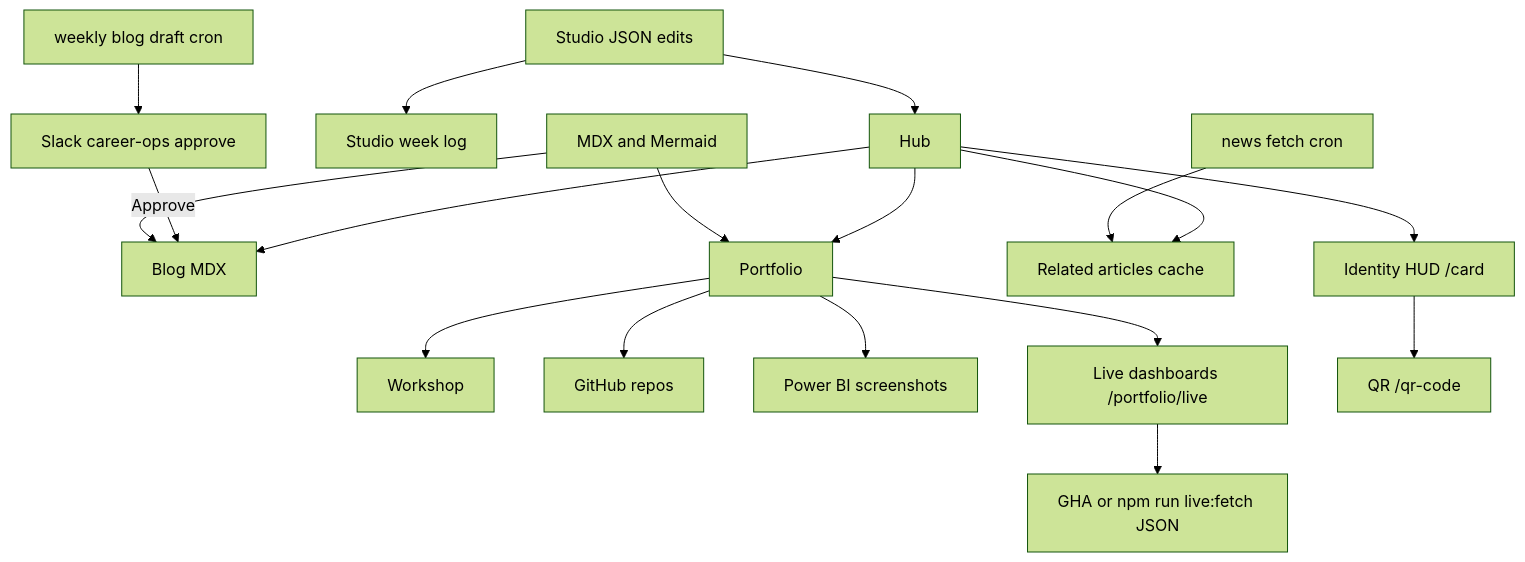
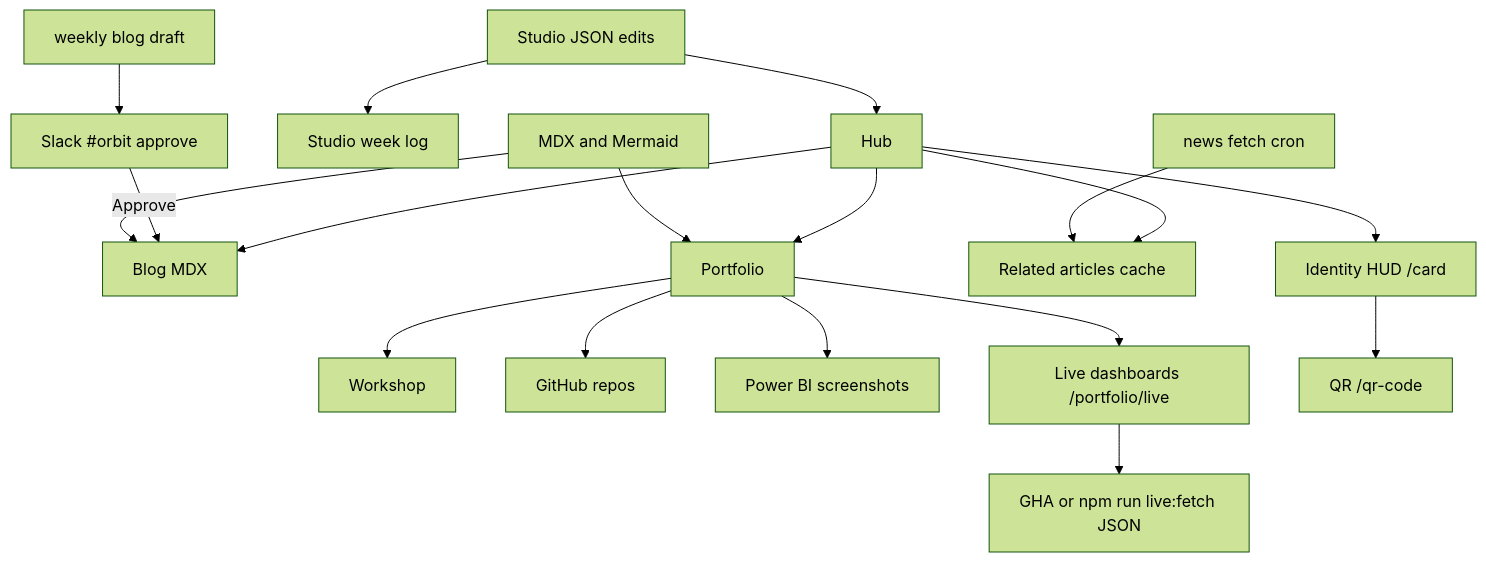
One commit to AlexTouvras/Orbit changed the diagram in docs/architecture/system-overview.md. Above: the diagram before and after it, drawn with Mermaid (forest theme). The commit also changed 17 other files, not shown here.

First line of the commit message:
Drop the Gemini weekly draft and keep one essay bar.

````diff
--- a/docs/architecture/system-overview.md
+++ b/docs/architecture/system-overview.md
@@ -3,20 +3,20 @@
 ```mermaid
 flowchart TB
   Hub[Hub] --> Blog[Blog MDX]
   Hub --> Portfolio[Portfolio]
   Portfolio --> Workshop[Workshop]
   Portfolio --> Github[GitHub repos]
   Portfolio --> PowerBI[Power BI screenshots]
   Portfolio --> Live[Live dashboards /portfolio/live]
   Live --> Snapshots[GHA or npm run live:fetch JSON]
   Hub --> Feed[Related articles cache]
   Hub --> Card[Identity HUD /card]
   Card --> QrPage[QR /qr-code]
   Studio[Studio JSON edits] --> Hub
   Studio --> WeekLog[Studio week log]
   Cron[news fetch cron] --> Feed
-  Weekly[weekly blog draft cron] --> Slack[Slack career-ops approve]
+  Weekly[weekly blog draft] --> Slack[Slack #orbit approve]
   Slack -->|Approve| Blog
   MDX[MDX and Mermaid] --> Blog
   MDX --> Portfolio
 ```
````
